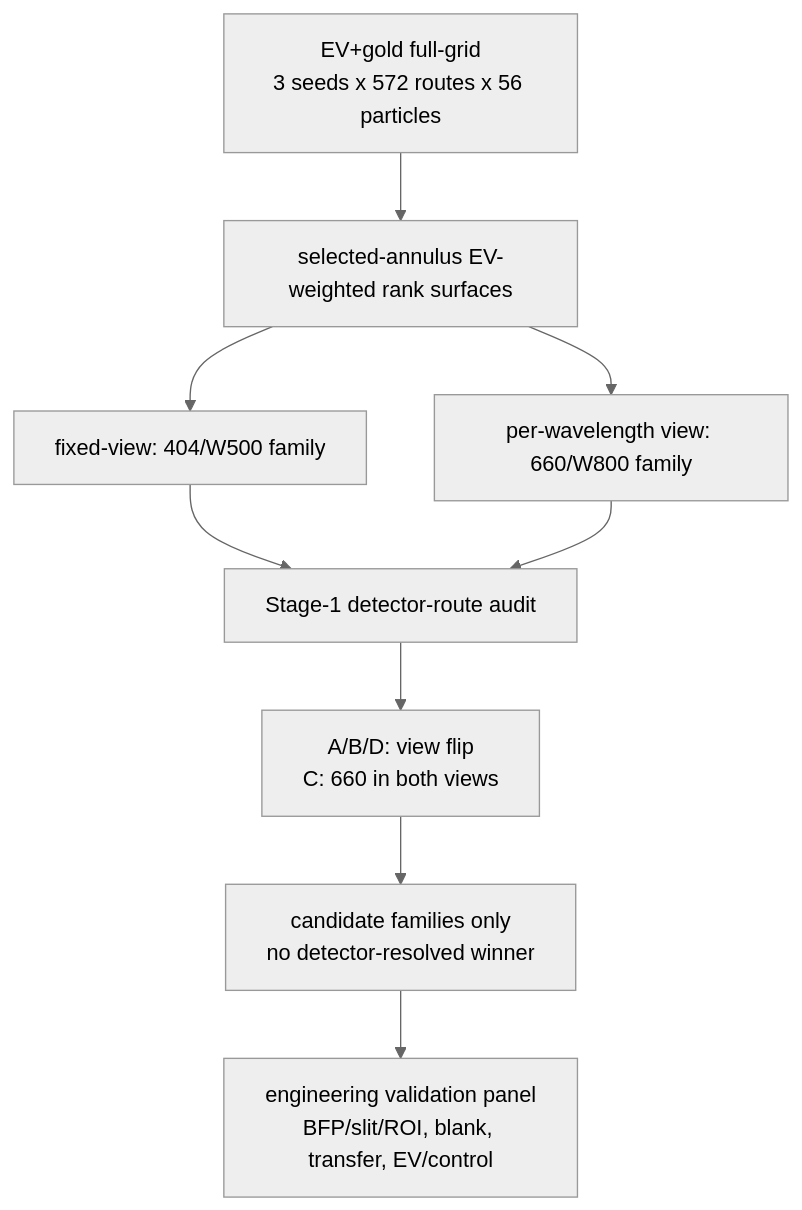
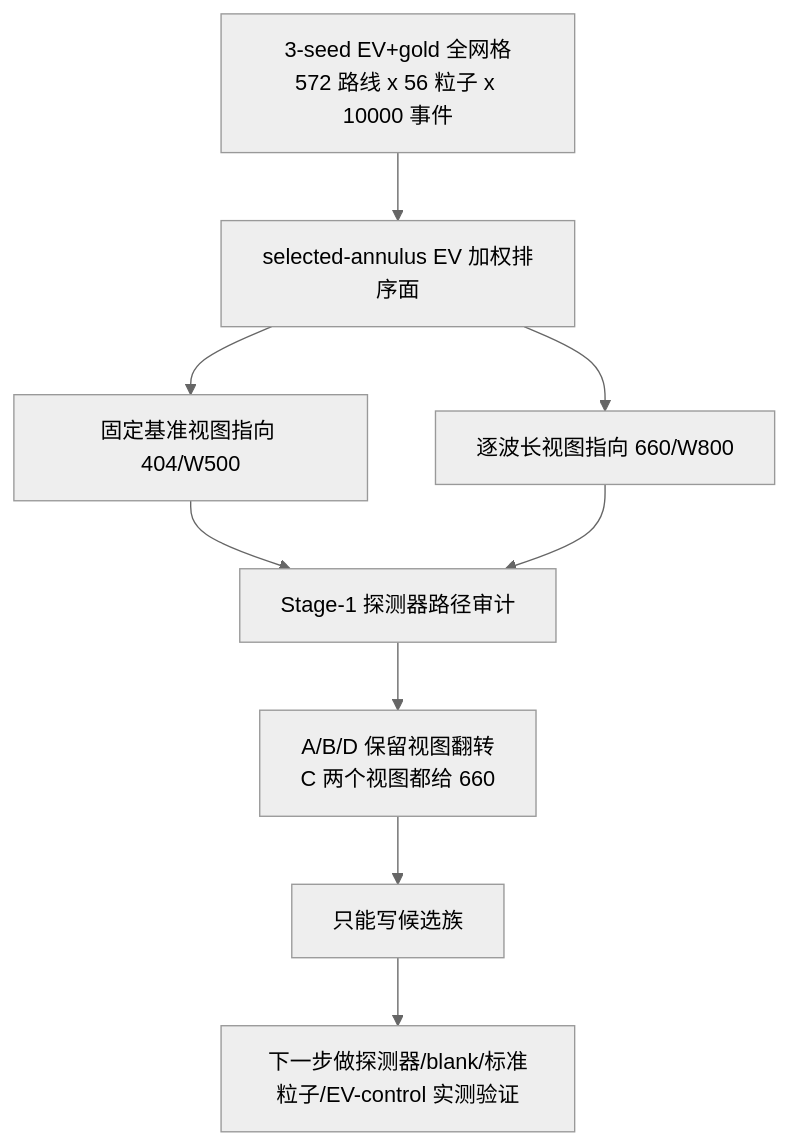
Before and after one commit to Shaughn0419/NODI_Simulator: the first of 5 diagrams in reports/140_exhaustive_ev_gold_fullgrid_3seed_10000e_postrun_analysis_20260523.md, drawn with Mermaid (neutral theme). The commit also changed other lines of this file, not shown here.

First line of the commit message:
Clarify the no-data EV/NODI candidate-route report

````diff
--- a/reports/140_exhaustive_ev_gold_fullgrid_3seed_10000e_postrun_analysis_20260523.md
+++ b/reports/140_exhaustive_ev_gold_fullgrid_3seed_10000e_postrun_analysis_20260523.md
@@ -74,11 +112,11 @@
 ```mermaid
 flowchart TD
-    A["EV+gold full-grid<br/>3 seeds x 572 routes x 56 particles"] --> B["selected-annulus EV-weighted rank surfaces"]
-    B --> C["fixed-view: 404/W500 family"]
-    B --> D["per-wavelength view: 660/W800 family"]
-    C --> E["Stage-1 detector-route audit"]
+    A["3-seed EV+gold 全网格<br/>572 路线 x 56 粒子 x 10000 事件"] --> B["selected-annulus EV 加权排序面"]
+    B --> C["固定基准视图指向 404/W500"]
+    B --> D["逐波长视图指向 660/W800"]
+    C --> E["Stage-1 探测器路径审计"]
     D --> E
-    E --> F["A/B/D: view flip<br/>C: 660 in both views"]
-    F --> G["candidate families only<br/>no detector-resolved winner"]
-    G --> H["engineering validation panel<br/>BFP/slit/ROI, blank, transfer, EV/control"]
+    E --> F["A/B/D 保留视图翻转<br/>C 两个视图都给 660"]
+    F --> G["只能写候选族"]
+    G --> H["下一步做探测器/blank/标准粒子/EV-control 实测验证"]
 ```
````
